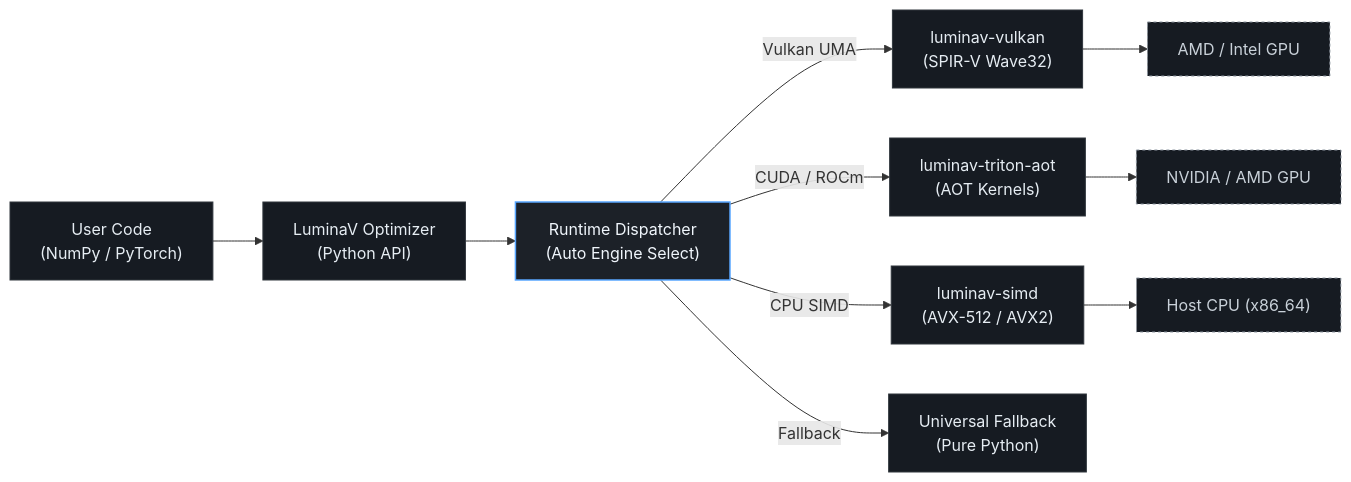
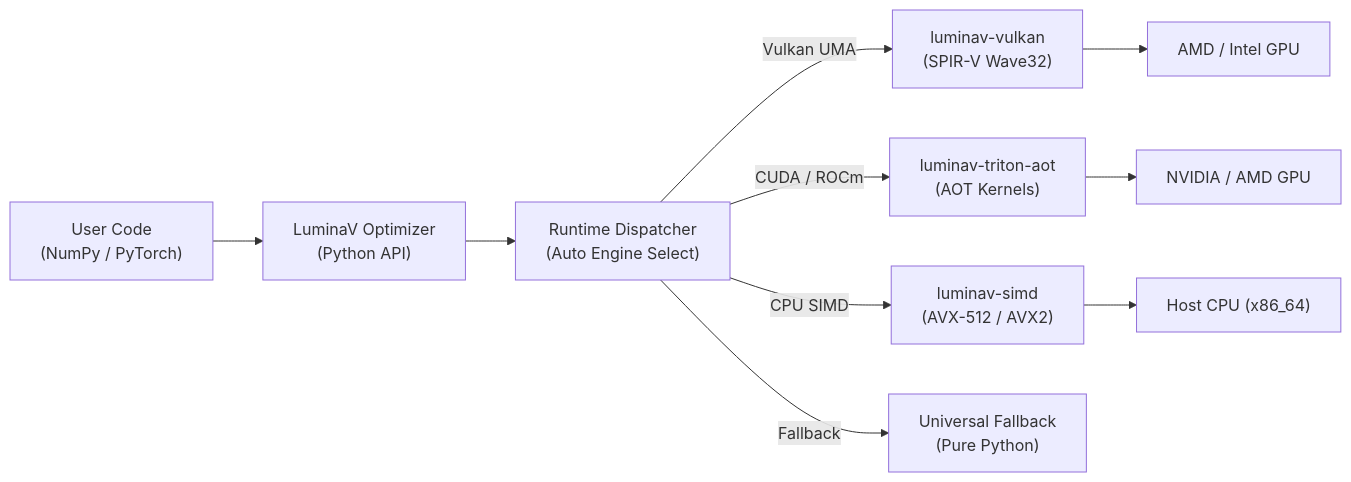
The diagram in optimizer/README.md (cloverx-id/luminamoon), drawn with Mermaid before and after one commit. The commit also changed other lines of this file and 41 other files, not shown here.

Commit message:
docs: update monorepo architecture and bilingual guides

````diff
--- a/optimizer/README.md
+++ b/optimizer/README.md
@@ -23,22 +25,14 @@
 ```mermaid
 flowchart LR
     User["User Code\n(NumPy / PyTorch)"] --> LuminaV["LuminaV Optimizer\n(Python API)"]
     LuminaV --> Dispatcher["Runtime Dispatcher\n(Auto Engine Select)"]
 
     Dispatcher -->|"Vulkan UMA"| Vulkan["luminav-vulkan\n(SPIR-V Wave32)"]
     Dispatcher -->|"CUDA / ROCm"| Triton["luminav-triton-aot\n(AOT Kernels)"]
     Dispatcher -->|"CPU SIMD"| Simd["luminav-simd\n(AVX-512 / AVX2)"]
     Dispatcher -->|"Fallback"| Fallback["Universal Fallback\n(Pure Python)"]
 
     Vulkan --> DevGPU1["AMD / Intel GPU"]
     Triton --> DevGPU2["NVIDIA / AMD GPU"]
     Simd --> DevCPU["Host CPU (x86_64)"]
-
-    classDef default fill:#161b22,stroke:#30363d,stroke-width:1px,color:#e6edf3;
-    classDef focal fill:#1c2128,stroke:#58a6ff,stroke-width:1.5px,color:#f0f6fc;
-    classDef target fill:#161b22,stroke:#8b949e,stroke-width:1px,color:#c9d1d9,stroke-dasharray: 3 3;
-
-    class User,LuminaV,Vulkan,Triton,Simd,Fallback default;
-    class Dispatcher focal;
-    class DevGPU1,DevGPU2,DevCPU target;
 ```
````
